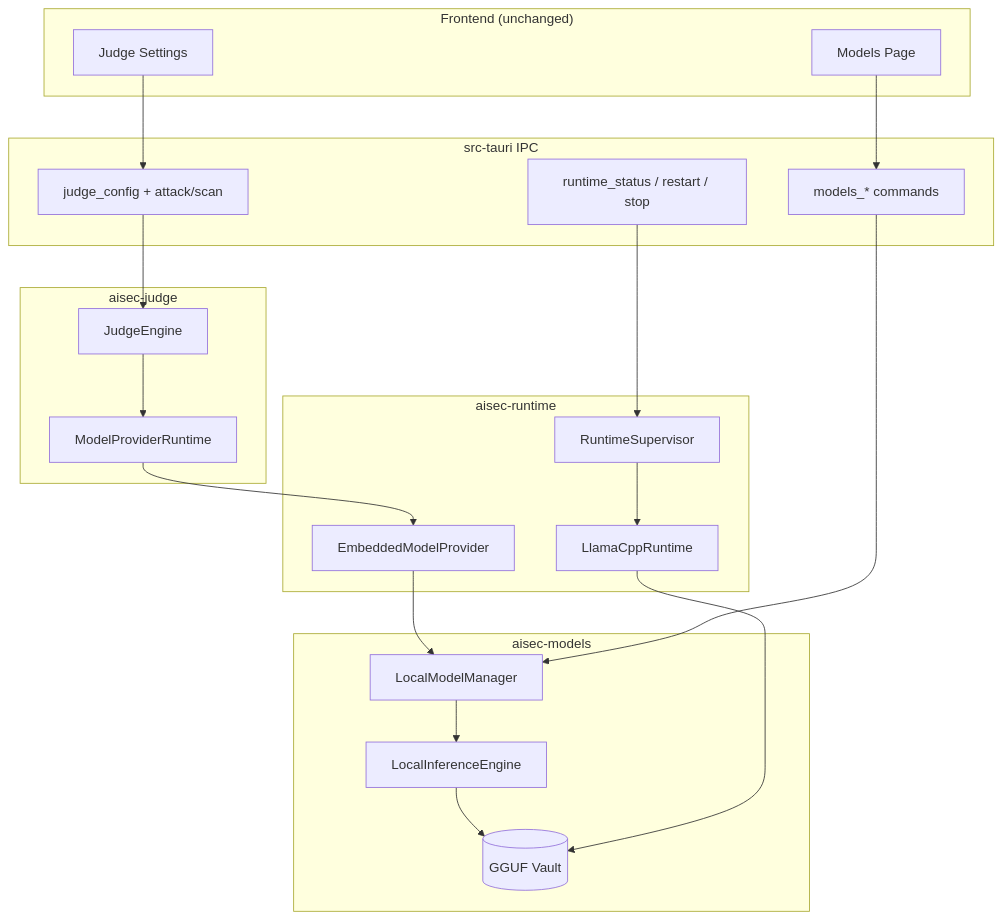
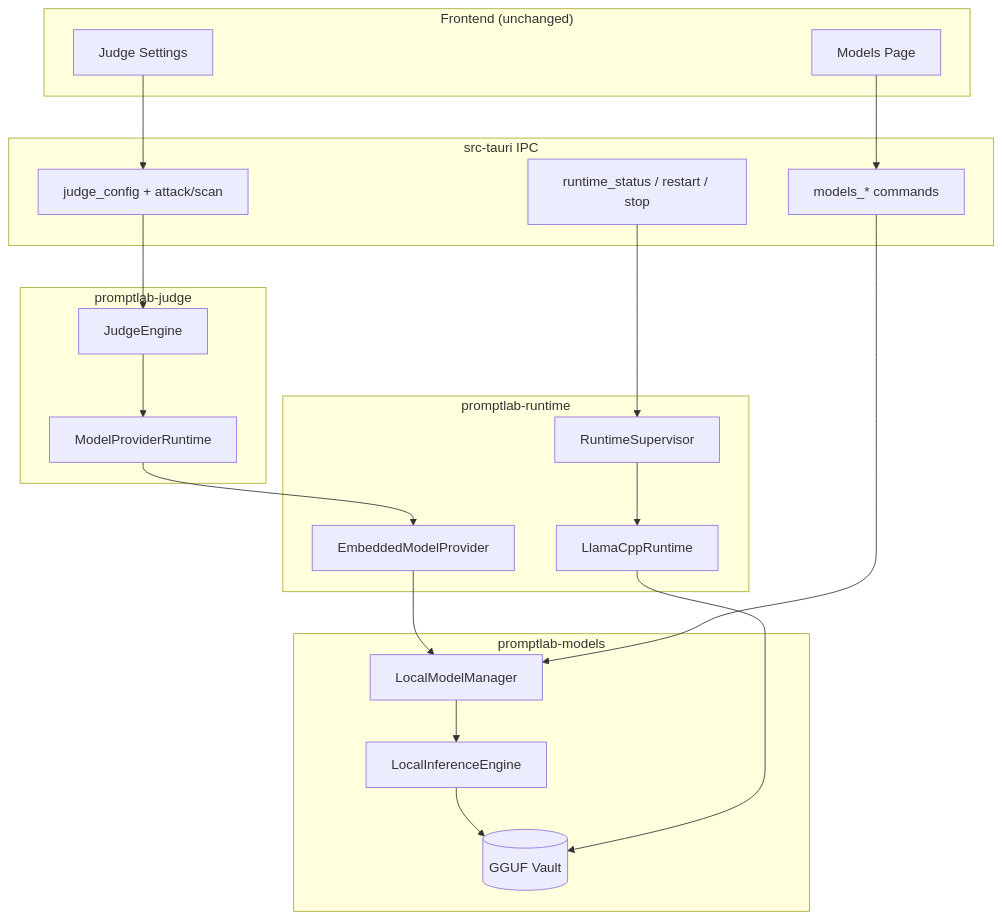
The first of 5 diagrams in docs/runtime_architecture_v2.md (YangYang-Research/yang-promptlab), drawn with Mermaid before and after one commit. The commit also changed other lines of this file and 352 other files, not shown here.

First line of the commit message:
feat(promptlab): migrate from AISec to PromptLab framework

````diff
--- a/docs/runtime_architecture_v2.md
+++ b/docs/runtime_architecture_v2.md
@@ -17,43 +17,43 @@
 ```mermaid
 flowchart TB
     subgraph UI["Frontend (unchanged)"]
         MP[Models Page]
         JP[Judge Settings]
     end
 
     subgraph Tauri["src-tauri IPC"]
         RC[runtime_status / restart / stop]
         MC[models_* commands]
         JC[judge_config + attack/scan]
     end
 
-    subgraph Judge["aisec-judge"]
+    subgraph Judge["promptlab-judge"]
         JE[JudgeEngine]
         MPR[ModelProviderRuntime]
     end
 
-    subgraph Runtime["aisec-runtime"]
+    subgraph Runtime["promptlab-runtime"]
         EMP[EmbeddedModelProvider]
         RS[RuntimeSupervisor]
         LCR[LlamaCppRuntime]
     end
 
-    subgraph Models["aisec-models"]
+    subgraph Models["promptlab-models"]
         LMM[LocalModelManager]
         LIE[LocalInferenceEngine]
         VAULT[(GGUF Vault)]
     end
 
     MP --> MC
     JP --> JC
     JC --> JE
     JE --> MPR
     MPR --> EMP
     EMP --> LMM
     LMM --> LIE
     LIE --> VAULT
     RC --> RS
     RS --> LCR
     LCR --> VAULT
     MC --> LMM
 ```
````
